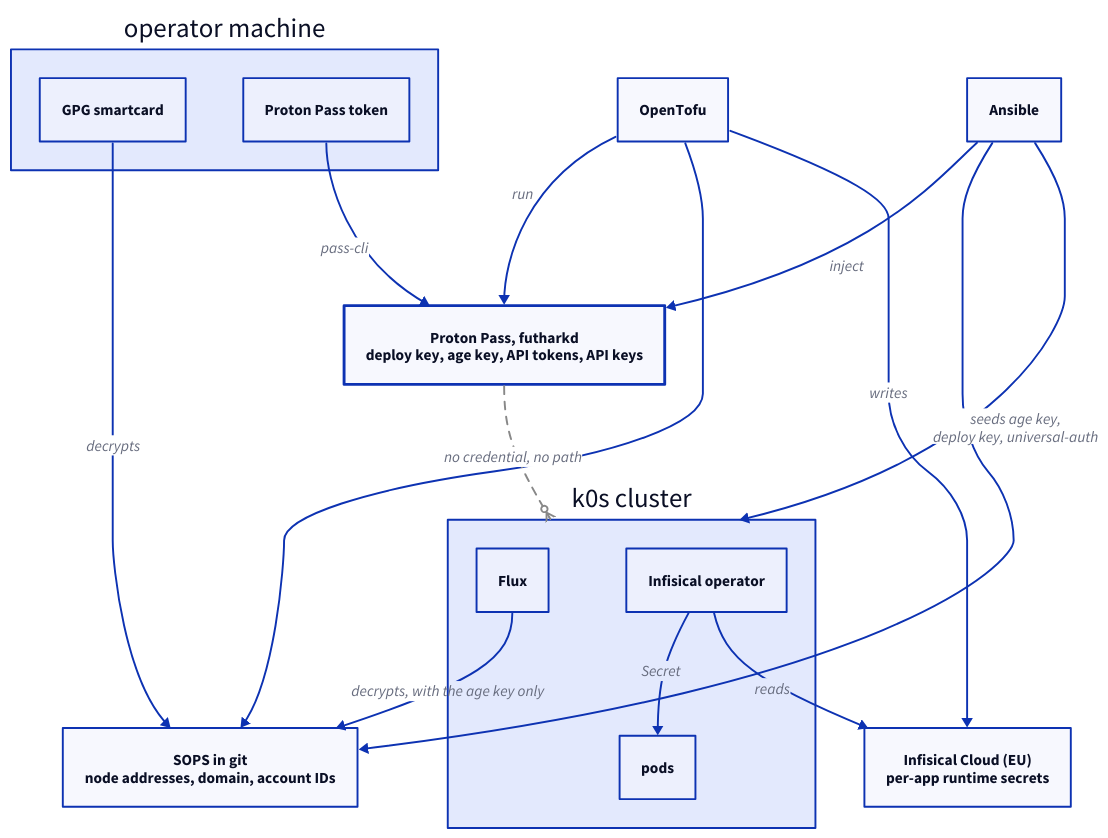
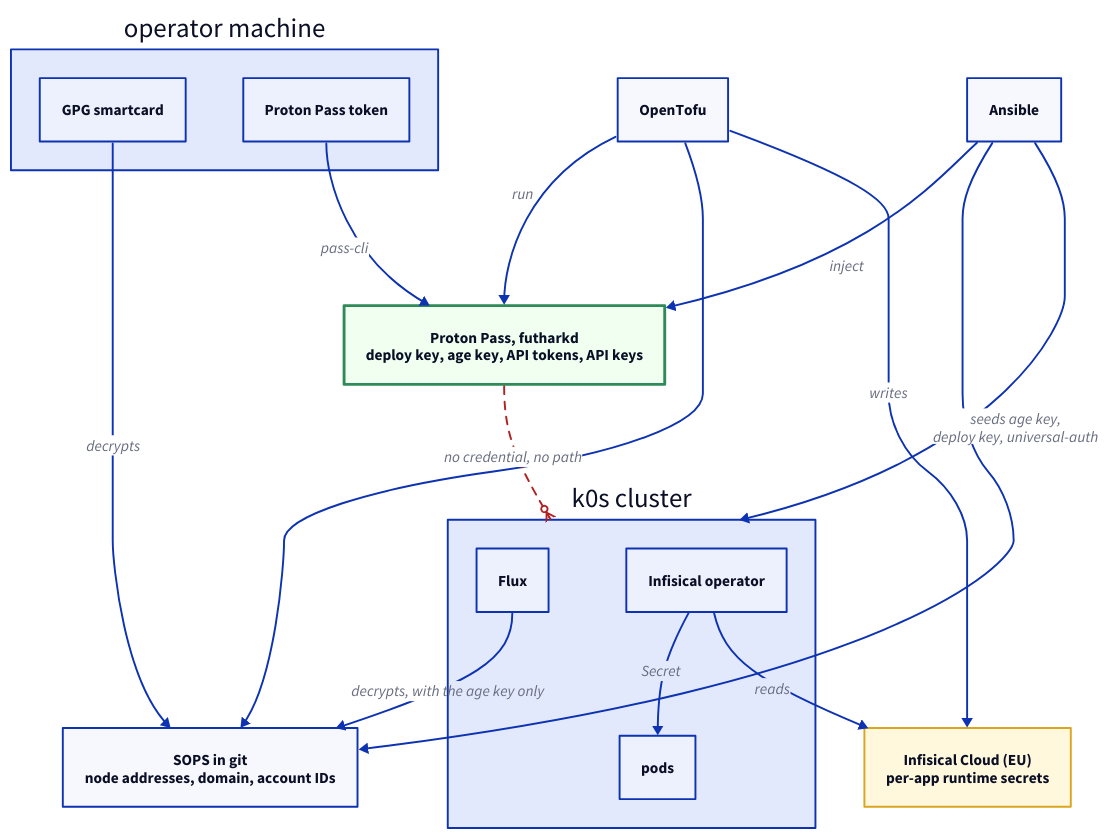
The diagram in docs/src/conventions/secrets.md (brewcoua/futhark), drawn with D2 before and after one commit. The commit also changed other lines of this file and 9 other files, not shown here.

First line of the commit message:
docs: give every diagram a named role palette

````diff
--- a/docs/src/conventions/secrets.md
+++ b/docs/src/conventions/secrets.md
@@ -29,43 +31,65 @@
 ```d2
 direction: down
+
+classes: {
+  boundary: {
+    style: {
+      stroke-width: 3
+      stroke: seagreen
+      fill: honeydew
+    }
+  }
+  external: {
+    style: {
+      stroke: goldenrod
+      fill: cornsilk
+    }
+  }
+  denied: {
+    style: {
+      stroke: firebrick
+      stroke-dash: 4
+    }
+  }
+}
 
 operator: operator machine {
   gpg: GPG smartcard
   pat: Proton Pass token
 }
 
 pass: "Proton Pass, futharkd\ndeploy key, age key, API tokens, API keys" {
-  style.stroke-width: 3
+  class: boundary
 }
 sops: SOPS in git\nnode addresses, domain, account IDs
-infisical: "Infisical Cloud (EU)\nper-app runtime secrets"
+infisical: "Infisical Cloud (EU)\nper-app runtime secrets" { class: external }
 
 cluster: k0s cluster {
   flux: Flux
   infop: Infisical operator
   pods: pods
   infop -> pods: Secret
 }
 
 tofu: OpenTofu
 ansible: Ansible
 
 operator.pat -> pass: pass-cli
 operator.gpg -> sops: decrypts
 
 ansible -> pass: inject
 ansible -> sops
 ansible -> cluster: seeds age key,\ndeploy key, universal-auth
 
 tofu -> pass: run
 tofu -> sops
 tofu -> infisical: writes
 
 cluster.flux -> sops: decrypts, with the age key only
 cluster.infop -> infisical: reads
 
 pass -> cluster: "no credential, no path" {
-  style: { stroke-dash: 4; stroke: "#888" }
+  class: denied
   target-arrowhead.shape: cf-many
 }
 ```
````
